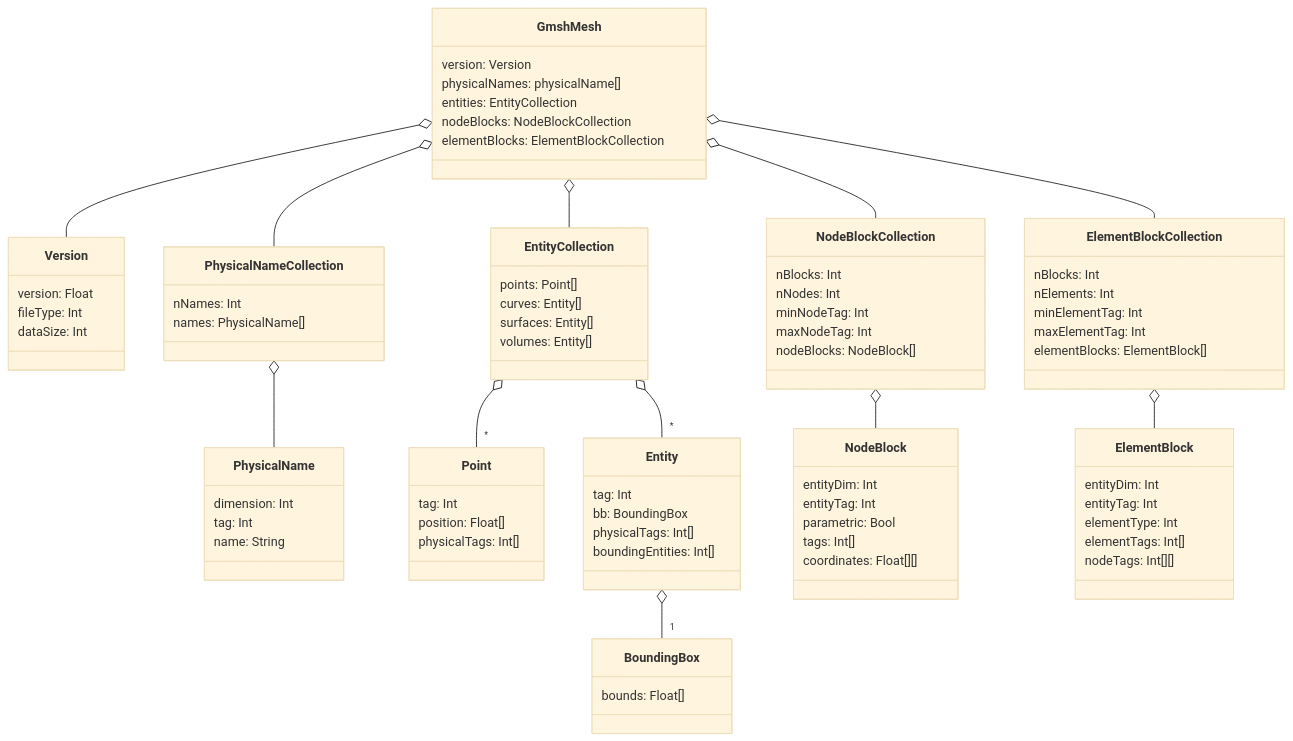
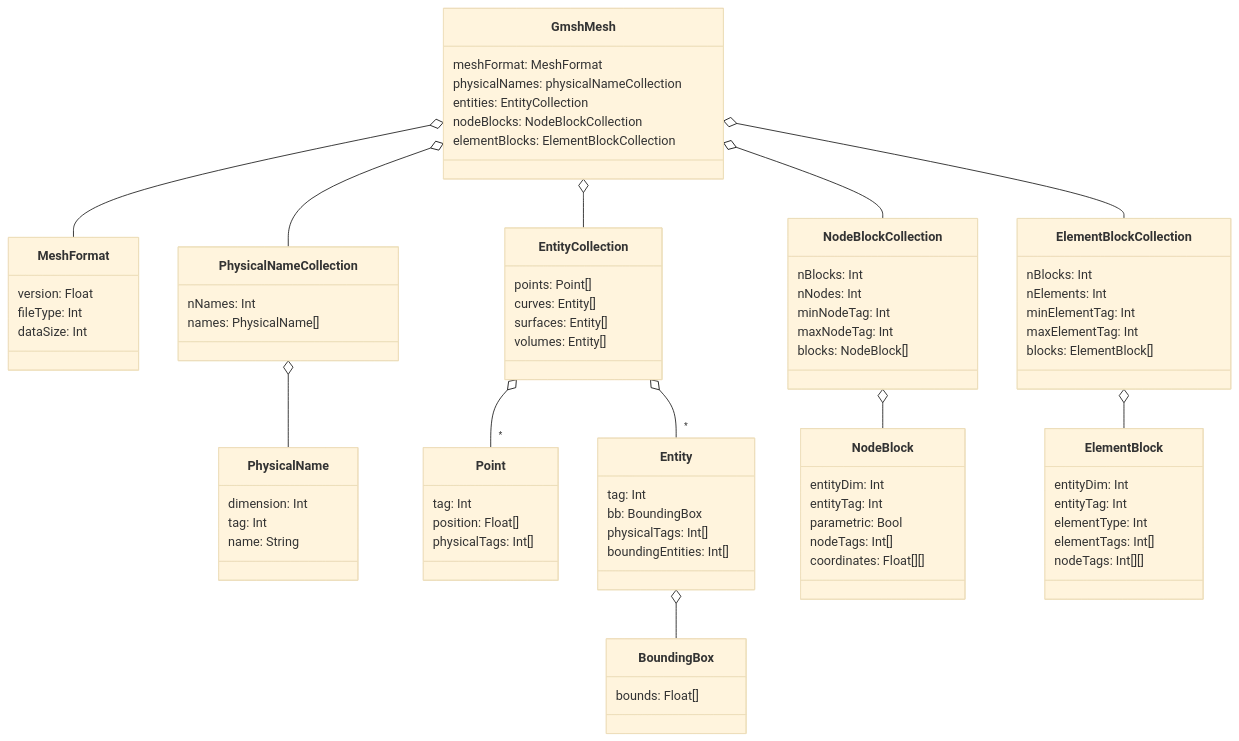
Before and after one commit to matthiasbaitsch/GmshJL: the diagram in doc/gmsh-structs.md, drawn with Mermaid (base theme). The commit also changed 16 other files, not shown here.

```diff
--- a/doc/gmsh-structs.md
+++ b/doc/gmsh-structs.md
@@ -3,13 +3,13 @@
 ::: mermaid
 classDiagram
     class GmshMesh {
-      version: Version
-      physicalNames: physicalName[]
+      meshFormat: MeshFormat
+      physicalNames: physicalNameCollection
       entities: EntityCollection
       nodeBlocks: NodeBlockCollection
       elementBlocks: ElementBlockCollection
     }
-    class Version {
+    class MeshFormat {
       version: Float
       fileType: Int
       dataSize: Int
@@ -48,13 +48,13 @@
       nNodes: Int
       minNodeTag: Int
       maxNodeTag: Int
-      nodeBlocks: NodeBlock[]
+      blocks: NodeBlock[]
     }
     class NodeBlock {       
       entityDim: Int
       entityTag: Int
       parametric: Bool
-      tags: Int[]
+      nodeTags: Int[]
       coordinates: Float[][]
     }
     class ElementBlockCollection {
@@ -62,7 +62,7 @@
       nElements: Int
       minElementTag: Int
       maxElementTag: Int
-      elementBlocks: ElementBlock[]
+      blocks: ElementBlock[]
     }
     class ElementBlock {
         entityDim: Int
@@ -72,7 +72,7 @@
         nodeTags: Int[][]
     }
 
-    GmshMesh o-- Version
+    GmshMesh o-- MeshFormat
     GmshMesh o-- PhysicalNameCollection
     PhysicalNameCollection o-- PhysicalName
     GmshMesh o-- EntityCollection
@@ -82,5 +82,5 @@
     ElementBlockCollection o-- ElementBlock
     EntityCollection o-- "*" Point
     EntityCollection o-- "*" Entity
-    Entity o-- "1" BoundingBox
+    Entity o-- BoundingBox
 :::
```
